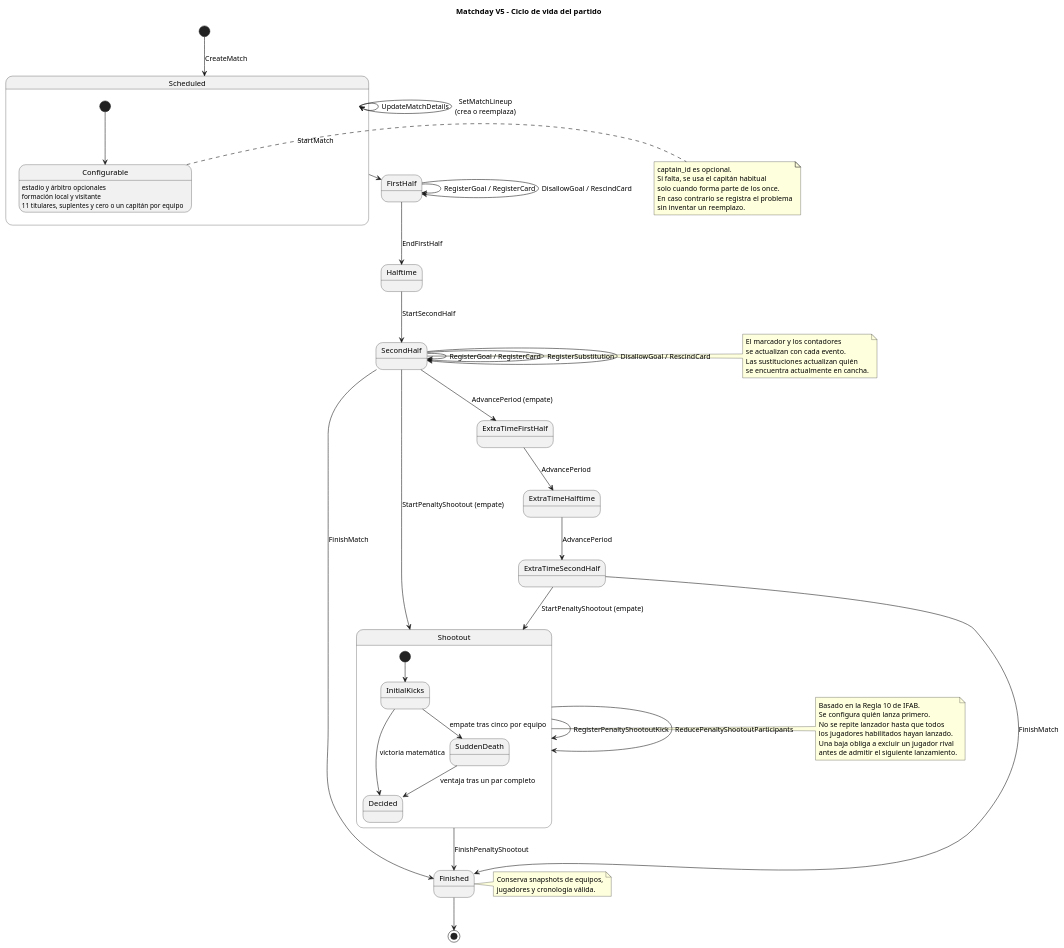
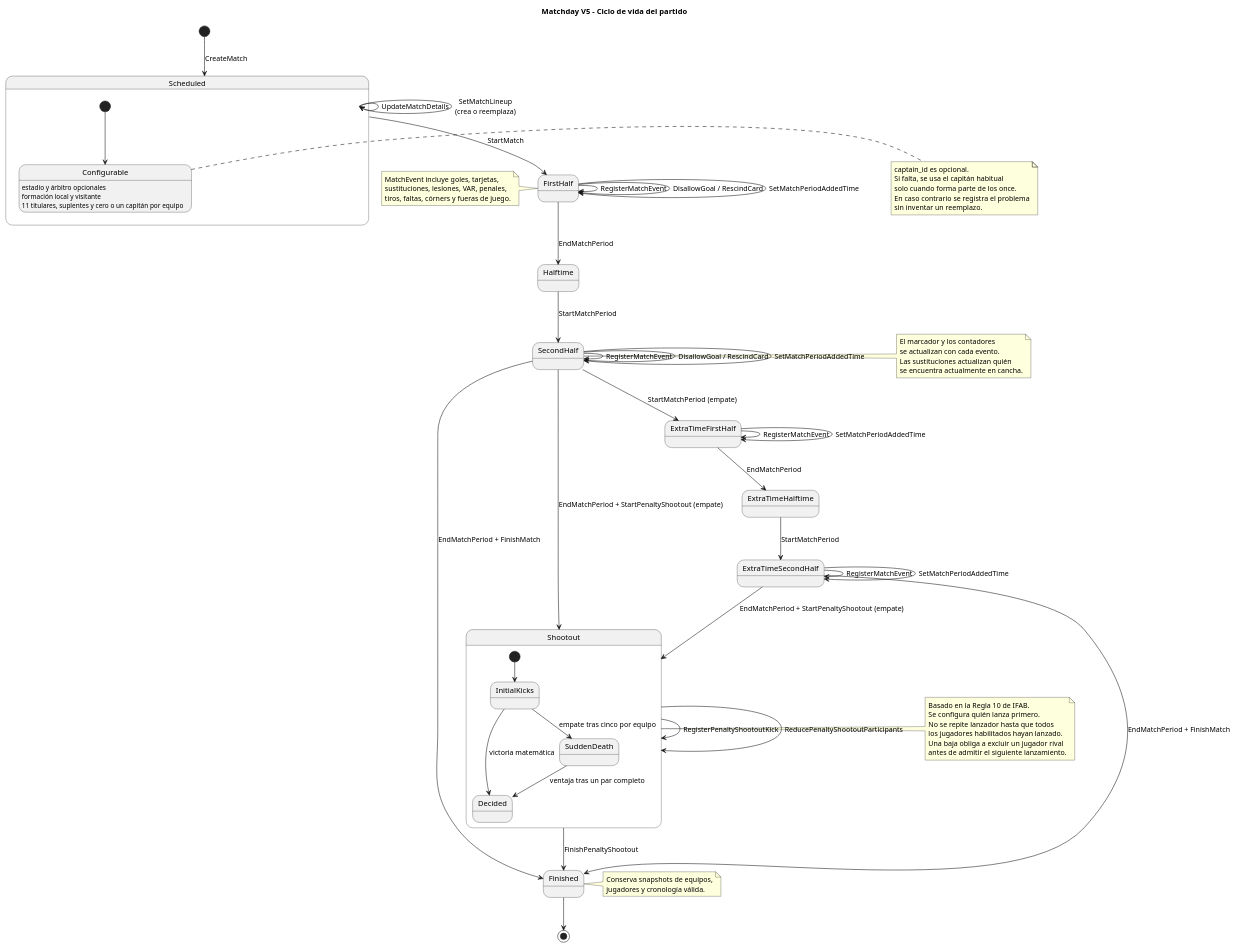
The diagram in docs/diagrams/match-lifecycle.puml (JaredDet/Match-Day), drawn with PlantUML before and after one commit. The commit also changed 68 other files, not shown here.

```diff
--- a/docs/diagrams/match-lifecycle.puml
+++ b/docs/diagrams/match-lifecycle.puml
@@ -1,69 +1,80 @@
 @startuml Match Lifecycle
 title Matchday V5 - Ciclo de vida del partido
 
 [*] --> Scheduled : CreateMatch
 Scheduled --> Scheduled : UpdateMatchDetails
 Scheduled --> Scheduled : SetMatchLineup\n(crea o reemplaza)
 Scheduled --> FirstHalf : StartMatch
-FirstHalf --> FirstHalf : RegisterGoal / RegisterCard
+FirstHalf --> FirstHalf : RegisterMatchEvent
 FirstHalf --> FirstHalf : DisallowGoal / RescindCard
-FirstHalf --> Halftime : EndFirstHalf
-Halftime --> SecondHalf : StartSecondHalf
-SecondHalf --> SecondHalf : RegisterGoal / RegisterCard
-SecondHalf --> SecondHalf : RegisterSubstitution
+FirstHalf --> Halftime : EndMatchPeriod
+Halftime --> SecondHalf : StartMatchPeriod
+SecondHalf --> SecondHalf : RegisterMatchEvent
 SecondHalf --> SecondHalf : DisallowGoal / RescindCard
-SecondHalf --> Finished : FinishMatch
-SecondHalf --> ExtraTimeFirstHalf : AdvancePeriod (empate)
-ExtraTimeFirstHalf --> ExtraTimeHalftime : AdvancePeriod
-ExtraTimeHalftime --> ExtraTimeSecondHalf : AdvancePeriod
-ExtraTimeSecondHalf --> Finished : FinishMatch
-SecondHalf --> Shootout : StartPenaltyShootout (empate)
-ExtraTimeSecondHalf --> Shootout : StartPenaltyShootout (empate)
+SecondHalf --> Finished : EndMatchPeriod + FinishMatch
+SecondHalf --> ExtraTimeFirstHalf : StartMatchPeriod (empate)
+ExtraTimeFirstHalf --> ExtraTimeHalftime : EndMatchPeriod
+ExtraTimeHalftime --> ExtraTimeSecondHalf : StartMatchPeriod
+ExtraTimeFirstHalf --> ExtraTimeFirstHalf : RegisterMatchEvent
+ExtraTimeSecondHalf --> ExtraTimeSecondHalf : RegisterMatchEvent
+ExtraTimeSecondHalf --> Finished : EndMatchPeriod + FinishMatch
+FirstHalf --> FirstHalf : SetMatchPeriodAddedTime
+SecondHalf --> SecondHalf : SetMatchPeriodAddedTime
+ExtraTimeFirstHalf --> ExtraTimeFirstHalf : SetMatchPeriodAddedTime
+ExtraTimeSecondHalf --> ExtraTimeSecondHalf : SetMatchPeriodAddedTime
+SecondHalf --> Shootout : EndMatchPeriod + StartPenaltyShootout (empate)
+ExtraTimeSecondHalf --> Shootout : EndMatchPeriod + StartPenaltyShootout (empate)
 Shootout --> Shootout : RegisterPenaltyShootoutKick
 Shootout --> Shootout : ReducePenaltyShootoutParticipants
 Shootout --> Finished : FinishPenaltyShootout
 Finished --> [*]
 
 state Shootout {
   [*] --> InitialKicks
   InitialKicks --> Decided : victoria matemática
   InitialKicks --> SuddenDeath : empate tras cinco por equipo
   SuddenDeath --> Decided : ventaja tras un par completo
 }
 
 state Scheduled {
   [*] --> Configurable
   Configurable : estadio y árbitro opcionales
   Configurable : formación local y visitante
   Configurable : 11 titulares, suplentes y cero o un capitán por equipo
 }
 
 note right of Configurable
   captain_id es opcional.
   Si falta, se usa el capitán habitual
   solo cuando forma parte de los once.
   En caso contrario se registra el problema
   sin inventar un reemplazo.
 end note
 
 note right of SecondHalf
   El marcador y los contadores
   se actualizan con cada evento.
   Las sustituciones actualizan quién
   se encuentra actualmente en cancha.
 end note
 
+note left of FirstHalf
+  MatchEvent incluye goles, tarjetas,
+  sustituciones, lesiones, VAR, penales,
+  tiros, faltas, córners y fueras de juego.
+end note
+
 note right of Finished
   Conserva snapshots de equipos,
   jugadores y cronología válida.
 end note
 
 note right of Shootout
   Basado en la Regla 10 de IFAB.
   Se configura quién lanza primero.
   No se repite lanzador hasta que todos
   los jugadores habilitados hayan lanzado.
   Una baja obliga a excluir un jugador rival
   antes de admitir el siguiente lanzamiento.
 end note
 @enduml
```
